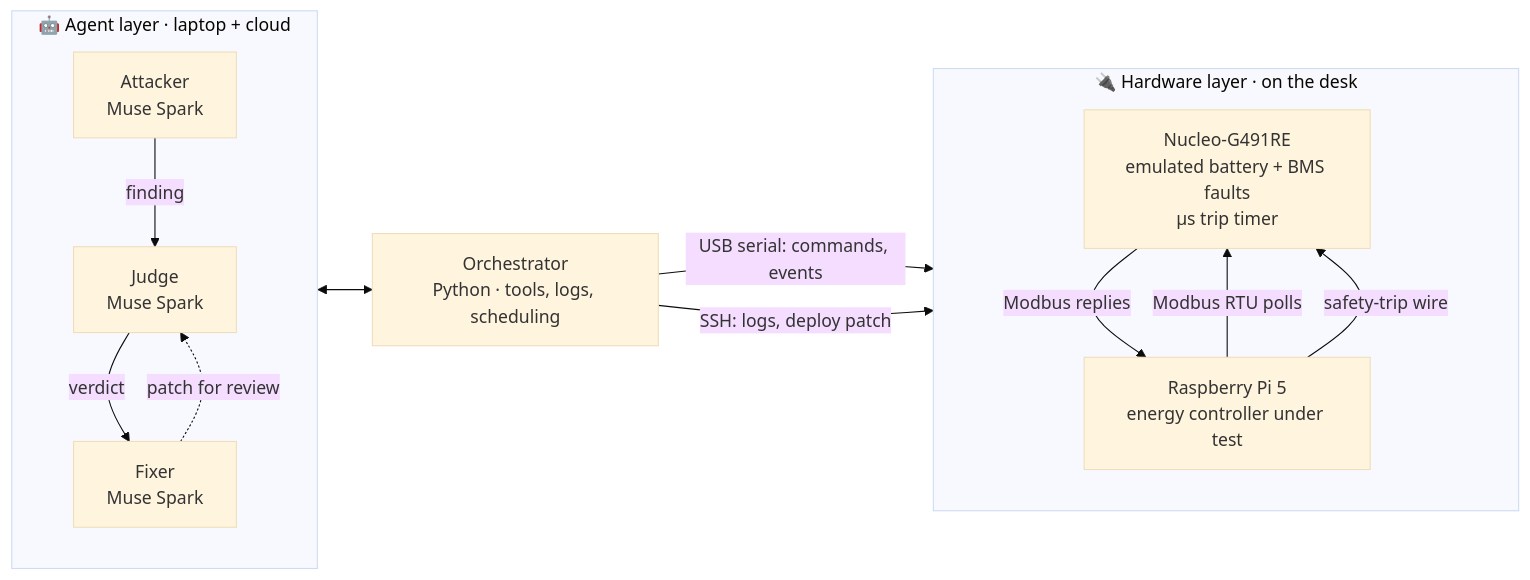
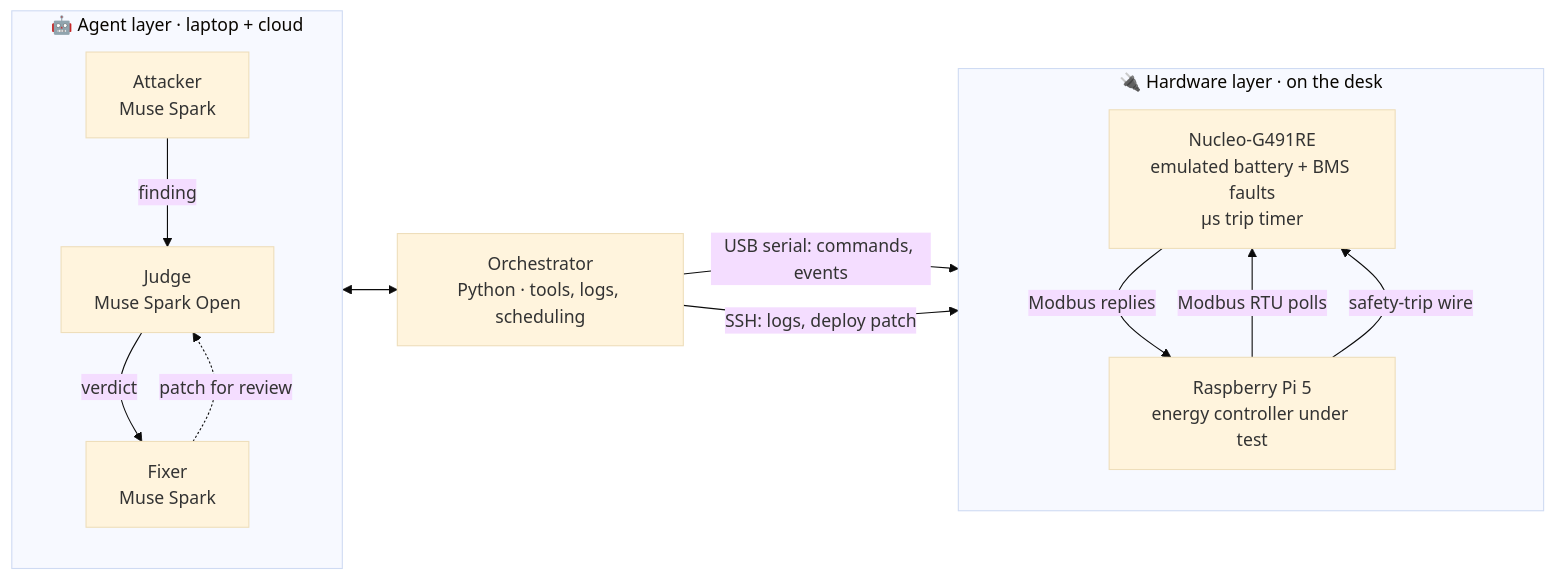
One commit to SujahathMSM/gridtwin changed the first of 3 diagrams in README.md. Above: the diagram before and after it, drawn with Mermaid (base theme). The commit also changed other lines of this file and 13 other files, not shown here.

Commit message:
Rounds 4-5: rule 2b nuisance trip found and fixed, judge on Muse Spark Open

````diff
--- a/README.md
+++ b/README.md
@@ -56,27 +57,27 @@
 ```mermaid
 flowchart LR
     subgraph AI["🤖 Agent layer · laptop + cloud"]
         direction TB
         A["Attacker<br/>Muse Spark"]
-        J["Judge<br/>Muse Spark"]
+        J["Judge<br/>Muse Spark Open"]
         F["Fixer<br/>Muse Spark"]
         A -- "finding" --> J
         J -- "verdict" --> F
         F -.->|"patch for review"| J
     end
 
     O["Orchestrator<br/>Python · tools, logs, scheduling"]
 
     subgraph HW["🔌 Hardware layer · on the desk"]
         direction TB
         N["Nucleo-G491RE<br/>emulated battery + BMS faults<br/>µs trip timer"]
         P["Raspberry Pi 5<br/>energy controller under test"]
     end
 
     AI <--> O
     O -- "USB serial: commands, events" --> N
     O -- "SSH: logs, deploy patch" --> P
     P -- "Modbus RTU polls" --> N
     N -- "Modbus replies" --> P
     P -- "safety-trip wire" --> N
 ```
````
